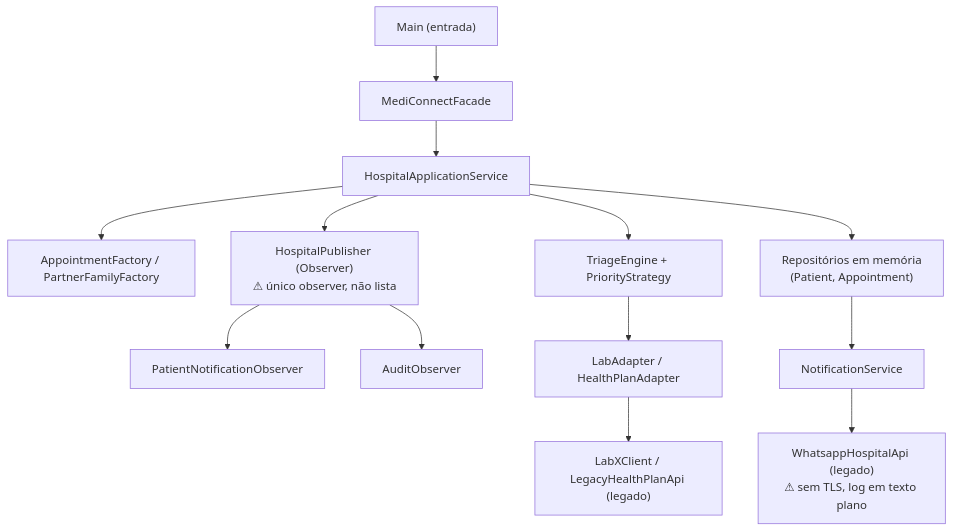
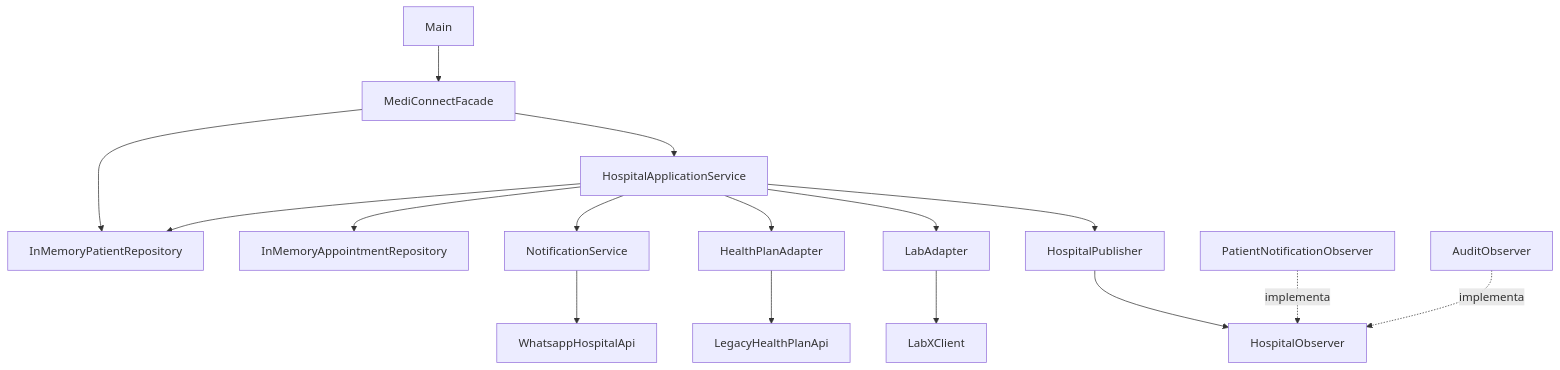
Before and after one commit to Joao-Gabriel-G-Costa/Projeto-Hospital: the first of 2 diagrams in MediConnect_Projeto_Aluno/MediConnect_Projeto_Aluno/docs/Entrega_Aula6/README-Aula06.md, drawn with Mermaid. The commit also changed other lines of this file and 11 other files, not shown here.

````diff
--- a/MediConnect_Projeto_Aluno/MediConnect_Projeto_Aluno/docs/Entrega_Aula6/README-Aula06.md
+++ b/MediConnect_Projeto_Aluno/MediConnect_Projeto_Aluno/docs/Entrega_Aula6/README-Aula06.md
@@ -46,15 +93,28 @@
 ```mermaid
 flowchart TD
-    Main["Main (entrada)"] --> Facade["MediConnectFacade"]
+
+    Main["Main"] --> Facade["MediConnectFacade"]
+
     Facade --> Service["HospitalApplicationService"]
-    Service --> Factory["AppointmentFactory / PartnerFamilyFactory"]
-    Service --> Strategy["TriageEngine + PriorityStrategy"]
-    Service --> Repo["Repositórios em memória\n(Patient, Appointment)"]
-    Service --> Publisher["HospitalPublisher (Observer)\n⚠ único observer, não lista"]
-    Publisher --> PatientObs["PatientNotificationObserver"]
-    Publisher --> AuditObs["AuditObserver"]
-    Repo --> Notif["NotificationService"]
-    Notif --> WA["WhatsappHospitalApi (legado)\n⚠ sem TLS, log em texto plano"]
-    Strategy --> Adapter["LabAdapter / HealthPlanAdapter"]
-    Adapter --> Legacy["LabXClient / LegacyHealthPlanApi (legado)"]
+    Facade --> PatientRepo["InMemoryPatientRepository"]
+
+    Service --> PatientRepo
+    Service --> AppointmentRepo["InMemoryAppointmentRepository"]
+
+    Service --> Notification["NotificationService"]
+
+    Service --> HealthAdapter["HealthPlanAdapter"]
+    Service --> LabAdapter["LabAdapter"]
+
+    HealthAdapter --> HealthLegacy["LegacyHealthPlanApi"]
+    LabAdapter --> LabClient["LabXClient"]
+
+    Notification --> WhatsApp["WhatsappHospitalApi"]
+
+    Service --> Publisher["HospitalPublisher"]
+
+    Publisher --> Observer["HospitalObserver"]
+
+    PatientObserver["PatientNotificationObserver"] -. implementa .-> Observer
+    AuditObserver["AuditObserver"] -. implementa .-> Observer
 ```
````
